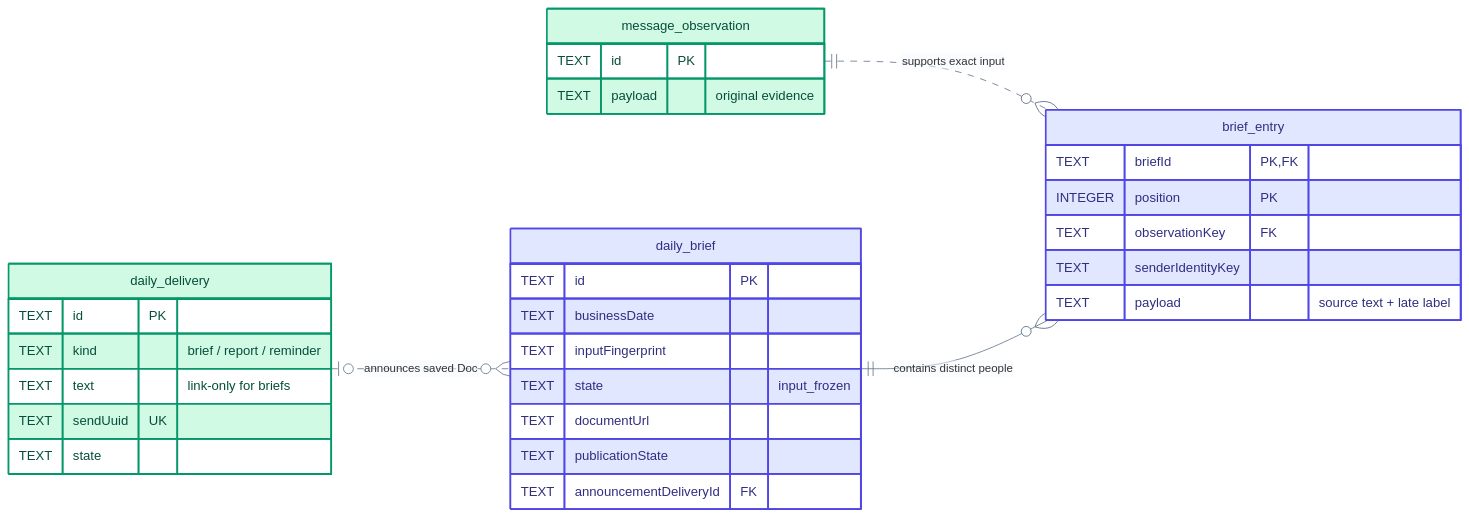
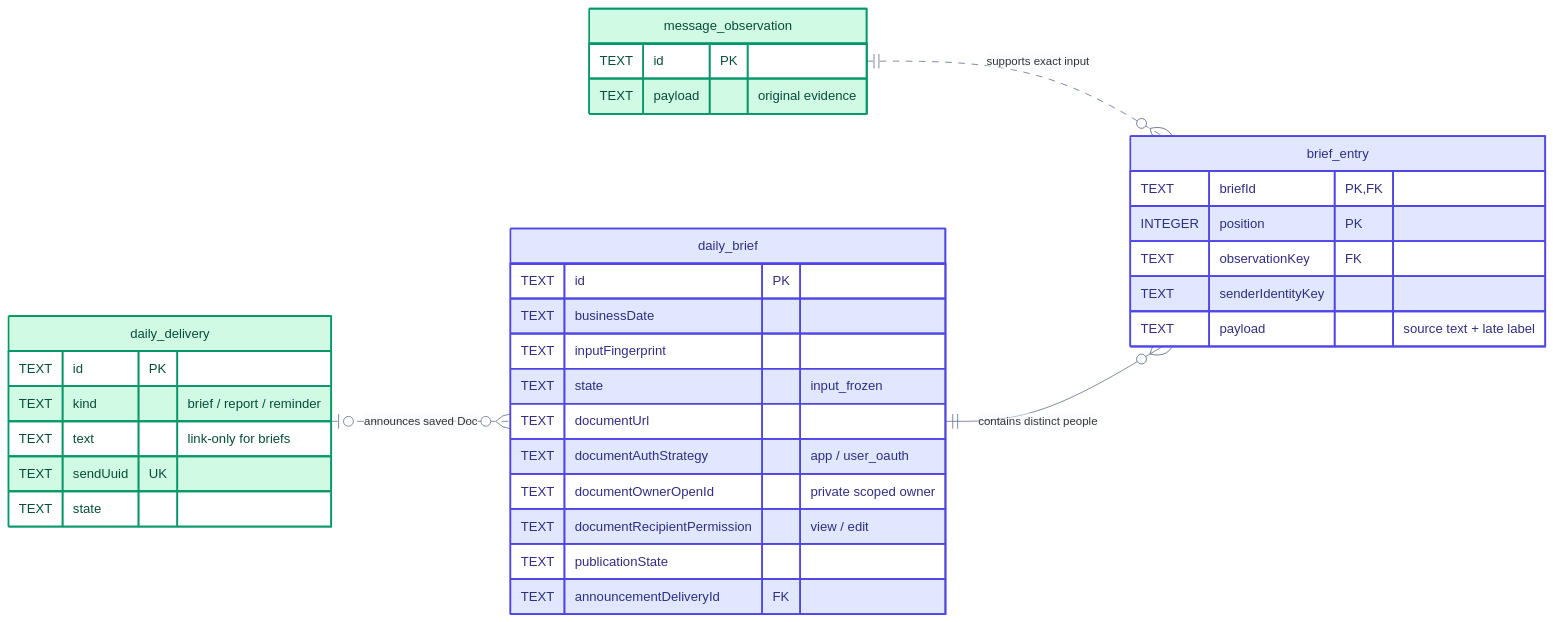
Before and after one commit to mbeka02/task-list-submission-automation: the fourth of 5 diagrams in README.md, drawn with Mermaid. The commit also changed other lines of this file and 5 other files, not shown here.

````diff
--- a/README.md
+++ b/README.md
@@ -234,41 +234,44 @@
 ```mermaid
 %%{init: {"theme":"base","themeVariables":{"lineColor":"#64748b","fontFamily":"sans-serif"}}}%%
 erDiagram
     direction LR
     message_observation ||..o{ brief_entry : "supports exact input"
     daily_brief ||--o{ brief_entry : "contains distinct people"
     daily_delivery o|..o{ daily_brief : "announces saved Doc"
     message_observation {
         TEXT id PK
         TEXT payload "original evidence"
     }
     daily_brief {
         TEXT id PK
         TEXT businessDate
         TEXT inputFingerprint
         TEXT state "input_frozen"
         TEXT documentUrl
+        TEXT documentAuthStrategy "app / user_oauth"
+        TEXT documentOwnerOpenId "private scoped owner"
+        TEXT documentRecipientPermission "view / edit"
         TEXT publicationState
         TEXT announcementDeliveryId FK
     }
     daily_delivery {
         TEXT id PK
         TEXT kind "brief / report / reminder"
         TEXT text "link-only for briefs"
         TEXT sendUuid UK
         TEXT state
     }
     brief_entry {
         TEXT briefId PK, FK
         INTEGER position PK
         TEXT observationKey FK
         TEXT senderIdentityKey
         TEXT payload "source text + late label"
     }
     classDef evidence fill:#d1fae5,stroke:#059669,color:#064e3b,stroke-width:2px;
     classDef brief fill:#e0e7ff,stroke:#4f46e5,color:#312e81,stroke-width:2px;
     class message_observation evidence
     class daily_brief brief
     class brief_entry brief
     class daily_delivery evidence
 ```
````
